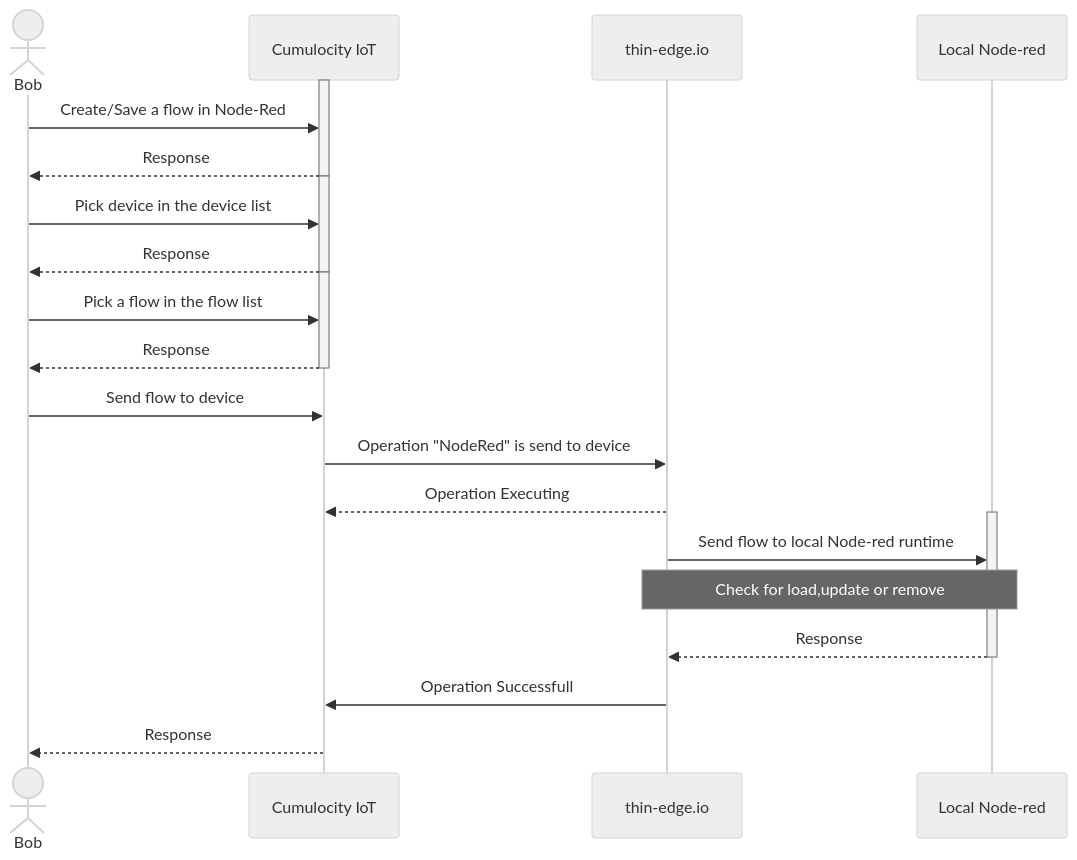
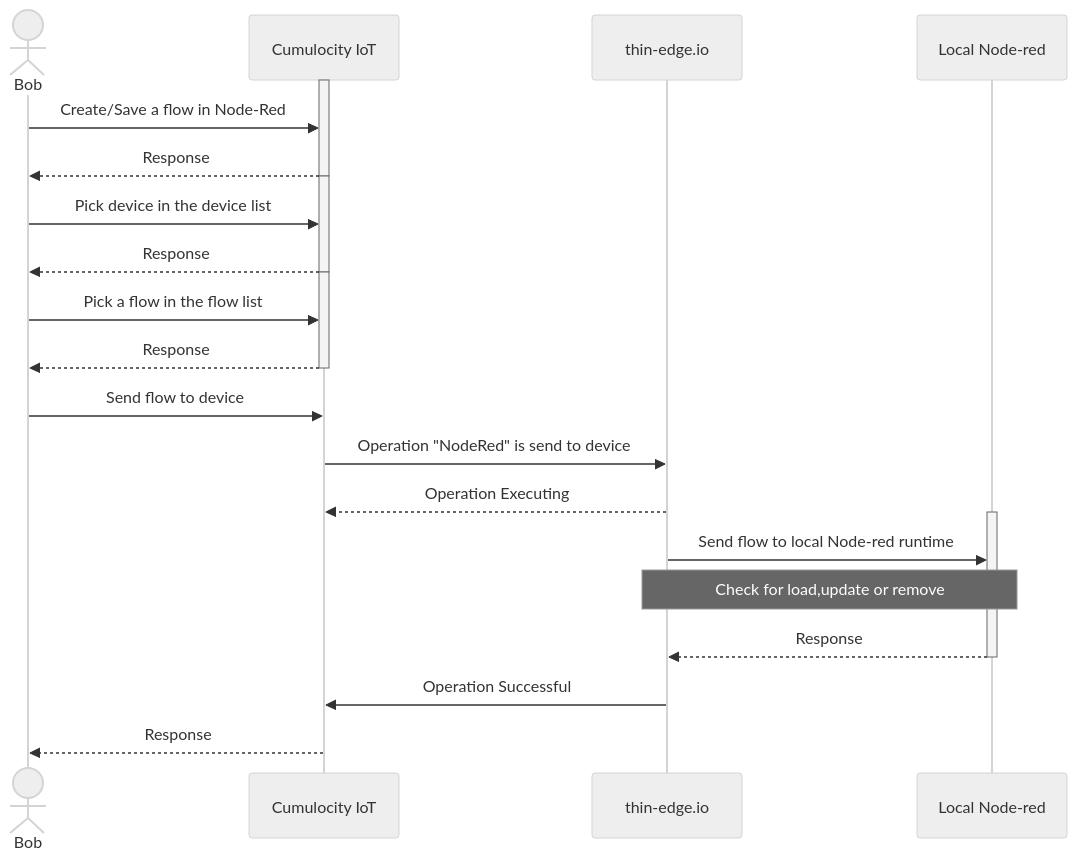
The diagram in node-red-management-plugin/README.md (thin-edge/thin-edge.io_examples), drawn with Mermaid (neutral theme) before and after one commit. The commit also changed other lines of this file and 3 other files, not shown here.

````diff
--- a/node-red-management-plugin/README.md
+++ b/node-red-management-plugin/README.md
@@ -55,29 +55,29 @@
 ```mermaid
 sequenceDiagram
     actor Bob
     participant A as Cumulocity IoT
     participant B as thin-edge.io
     participant C as Local Node-red
     Activate A
     Bob ->> A: Create/Save a flow in Node-Red
     A -->> Bob: Response
     Deactivate A
     Activate A
     Bob ->> A: Pick device in the device list
     A -->> Bob: Response
     Deactivate A
     Activate A
     Bob ->> A: Pick a flow in the flow list
     A -->> Bob: Response
     Deactivate A
     Bob ->> A: Send flow to device
     A ->> B: Operation "NodeRed" is send to device
     B -->> A: Operation Executing
     Activate C
     B ->> C: Send flow to local Node-red runtime
     Note over B,C: Check for load,update or remove
     C -->> B: Response
     Deactivate C
-    B ->> A: Operation Successfull
+    B ->> A: Operation Successful
     A -->> Bob: Response
 ```
````
